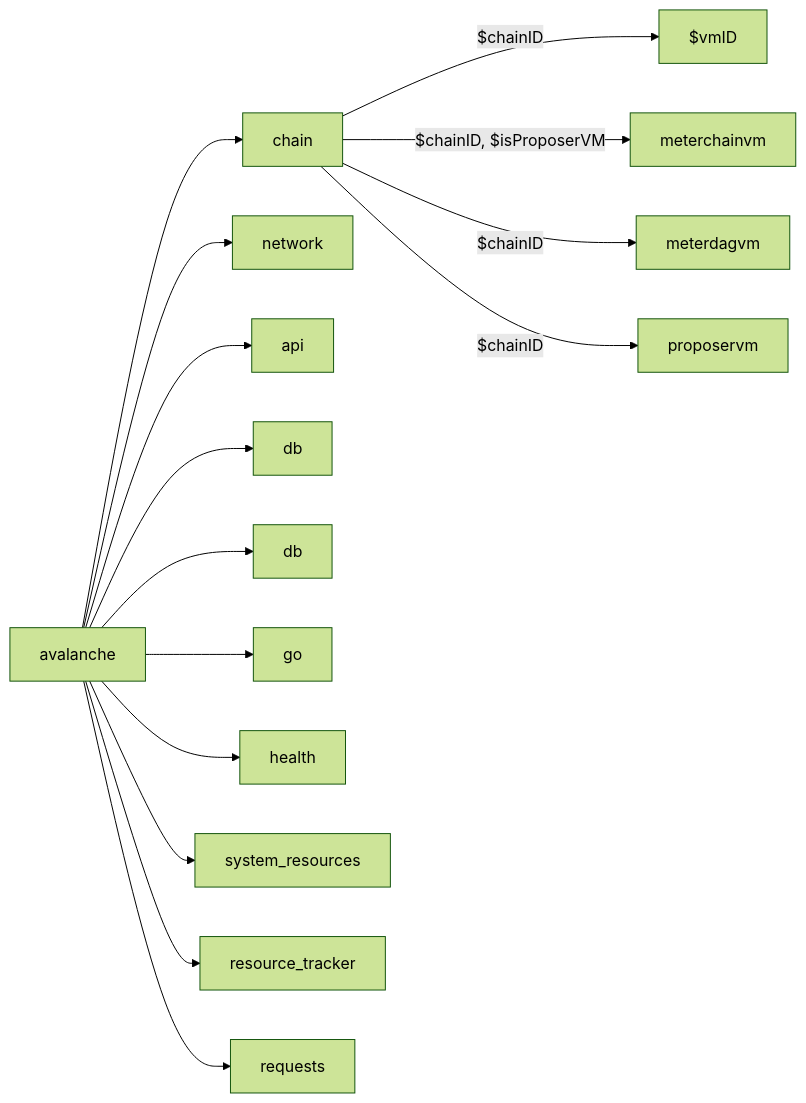
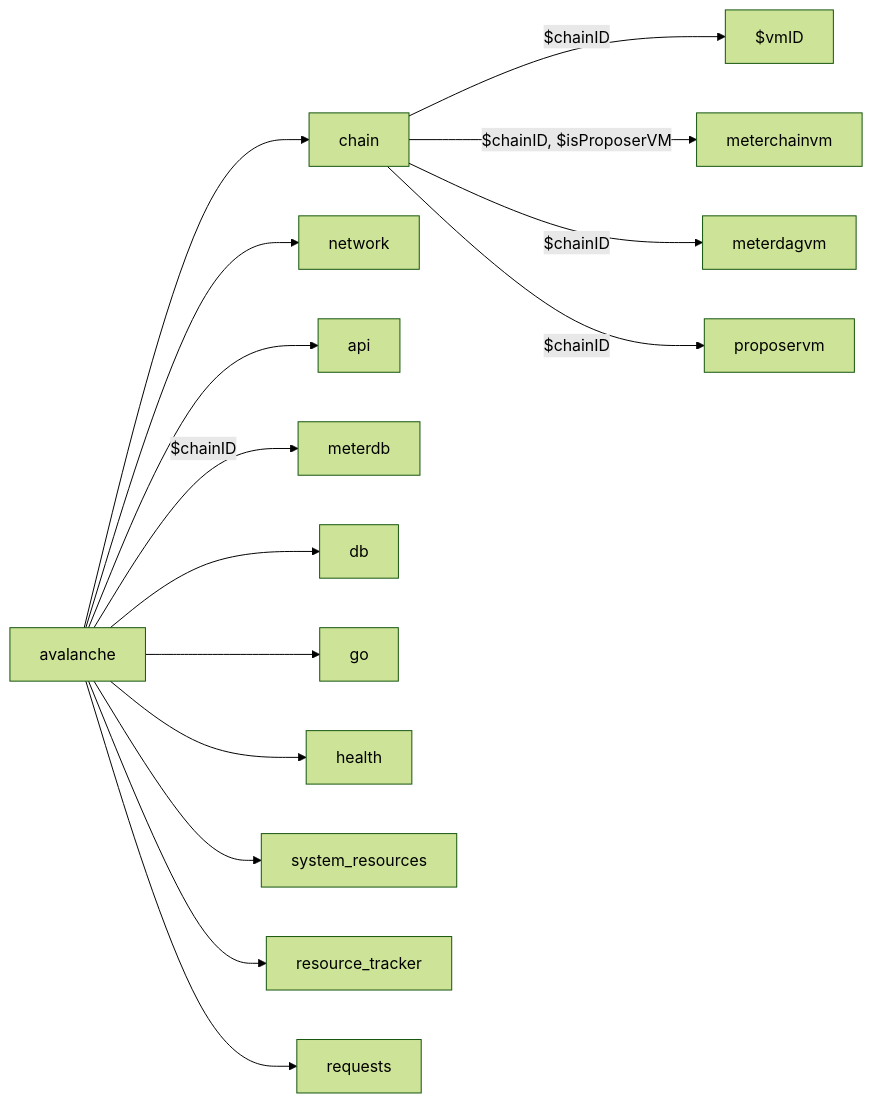
Before and after one commit to ava-labs/avalanchego: the diagram in api/metrics/README.md, drawn with Mermaid (forest theme).

Commit message:
update more metrics

````diff
--- a/api/metrics/README.md
+++ b/api/metrics/README.md
@@ -3,17 +3,17 @@
 ```mermaid
 graph LR
     A[avalanche] --> B[chain]
     A --> C[network]
     A --> D[api]
-    A --> E[db]
+    A -- $chainID --> E[meterdb]
     A --> F[db]
     A --> G[go]
     A --> H[health]
     A --> I[system_resources]
     A --> J[resource_tracker]
     A --> K[requests]
     B -- $chainID --> L[$vmID]
     B -- $chainID, $isProposerVM --> M[meterchainvm]
     B -- $chainID --> N[meterdagvm]
     B -- $chainID --> O[proposervm]
 ```
````
